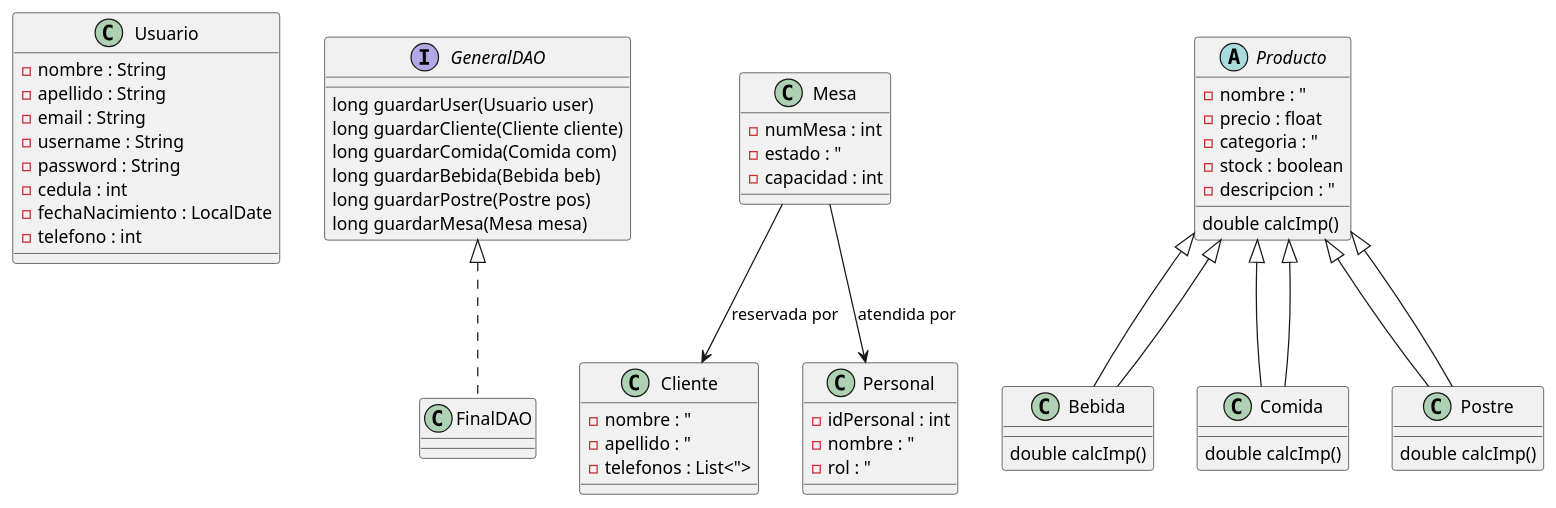
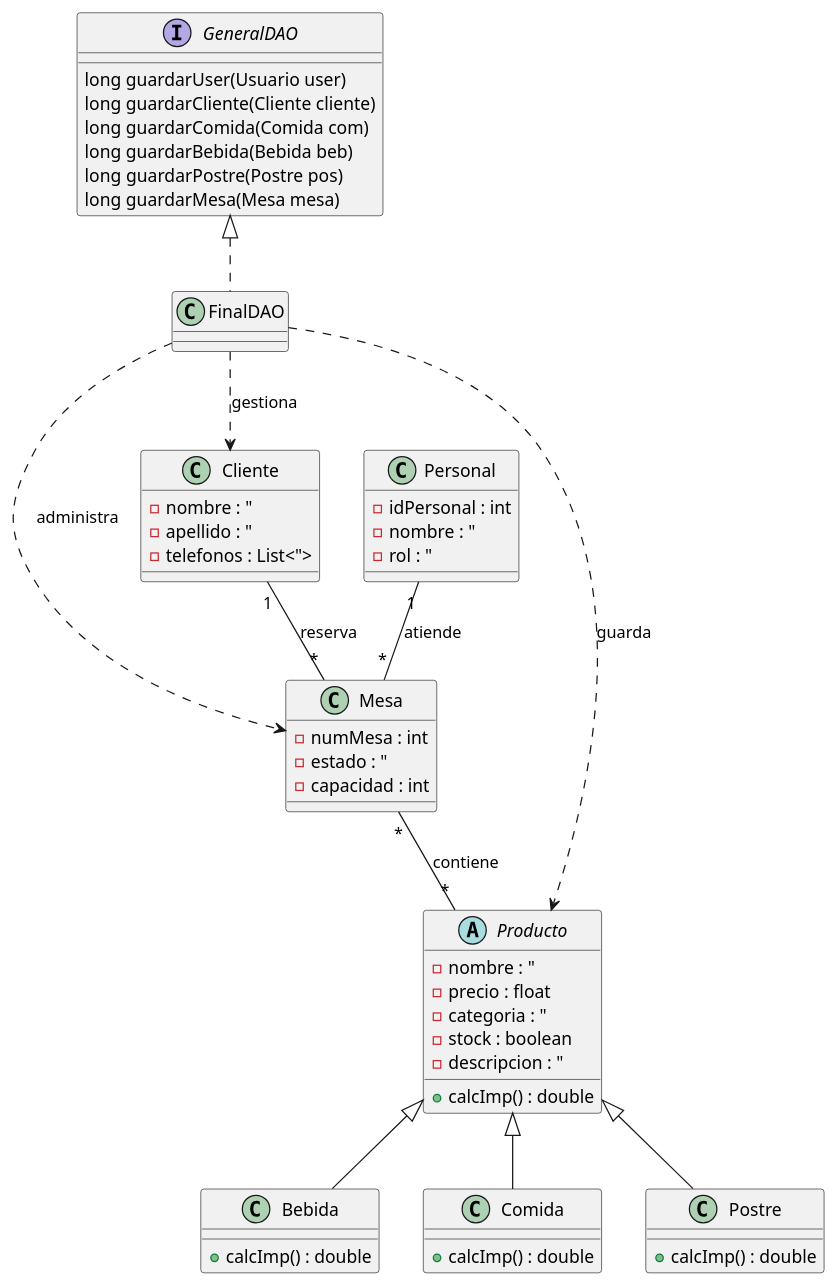
One commit to MrLuksR/Proyecto-Final-Restaurante changed the diagram in src/Diagrama UML.puml. Above: the diagram before and after it, drawn with PlantUML.

Commit message:
feat: agregar relaciónes entre Mesa, Clientes y Producto.
fix: se corrigieron relaciones mal formuladas.

refactor: se eliminó la clase Usuario y se mejoró la cardinalidad entre las clases.

```diff
--- a/src/Diagrama UML.puml
+++ b/src/Diagrama UML.puml
@@ -1,72 +1,61 @@
 @startuml
-
-class Usuario{
-    - nombre : String
-    - apellido : String
-    - email : String
-    - username : String
-    - password : String
-    - cedula : int
-    - fechaNacimiento : LocalDate
-    - telefono : int
-}
 
 interface GeneralDAO{
     long guardarUser(Usuario user)
     long guardarCliente(Cliente cliente)
     long guardarComida(Comida com)
     long guardarBebida(Bebida beb)
     long guardarPostre(Postre pos)
     long guardarMesa(Mesa mesa)
 }
 
 class FinalDAO implements GeneralDAO{}
 
 class Cliente {
     - nombre : "
     - apellido : "
     - telefonos : List<">
 }
 
 class Mesa {
     - numMesa : int
     - estado : "
     - capacidad : int
 }
 
 class Personal {
     - idPersonal : int
     - nombre : "
     - rol : "
 }
 
 abstract class Producto {
     - nombre : "
     - precio : float
     - categoria : "
     - stock : boolean
     - descripcion : "
-    double calcImp()
+    + calcImp() : double
 }
 
 class Bebida extends Producto{
-    double calcImp()
+    + calcImp() : double
 }
 
 class Comida extends Producto{
-    double calcImp()
+    + calcImp() : double
 }
 
 class Postre extends Producto{
-    double calcImp()
+    + calcImp() : double
 }
 
 ' ==== RELACIONES ====
-Producto <|-- Bebida
-Producto <|-- Comida
-Producto <|-- Postre
+FinalDAO ..> Cliente : gestiona
+FinalDAO ..> Mesa : administra
+FinalDAO ..> Producto : guarda
 
-Mesa --> Cliente : reservada por
-Mesa --> Personal : atendida por
-
+Cliente "1" -- "*" Mesa : reserva
+Personal "1" -- "*" Mesa : atiende
+Mesa "*" -- "*" Producto : contiene
 @enduml
```
